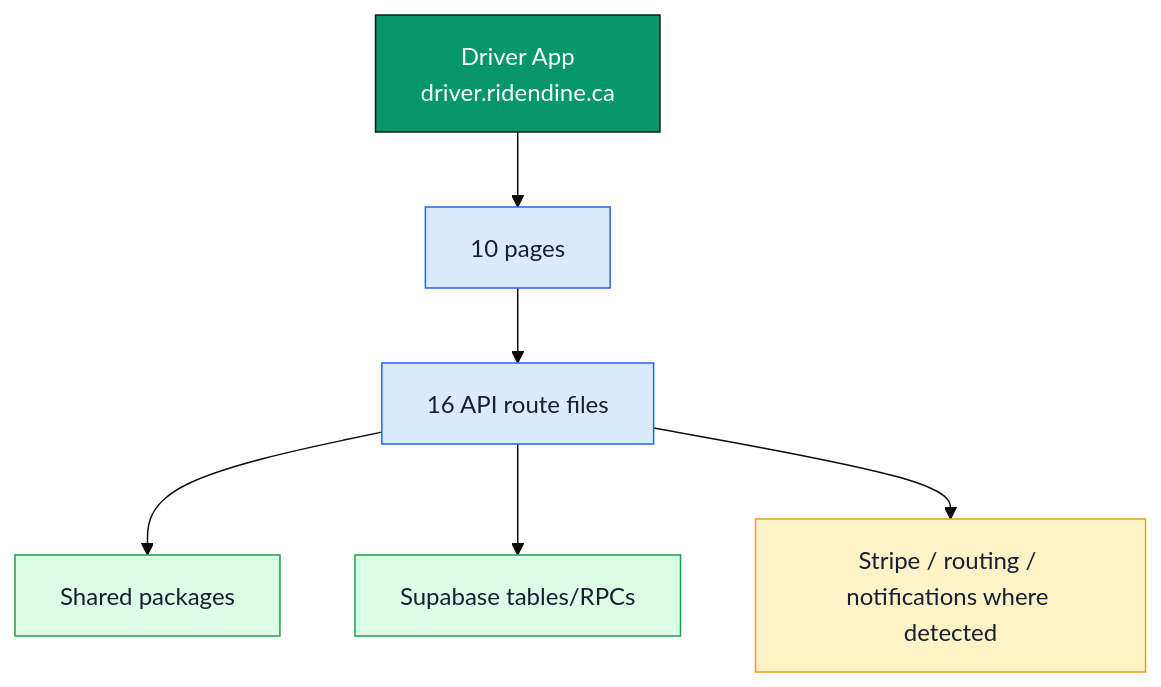
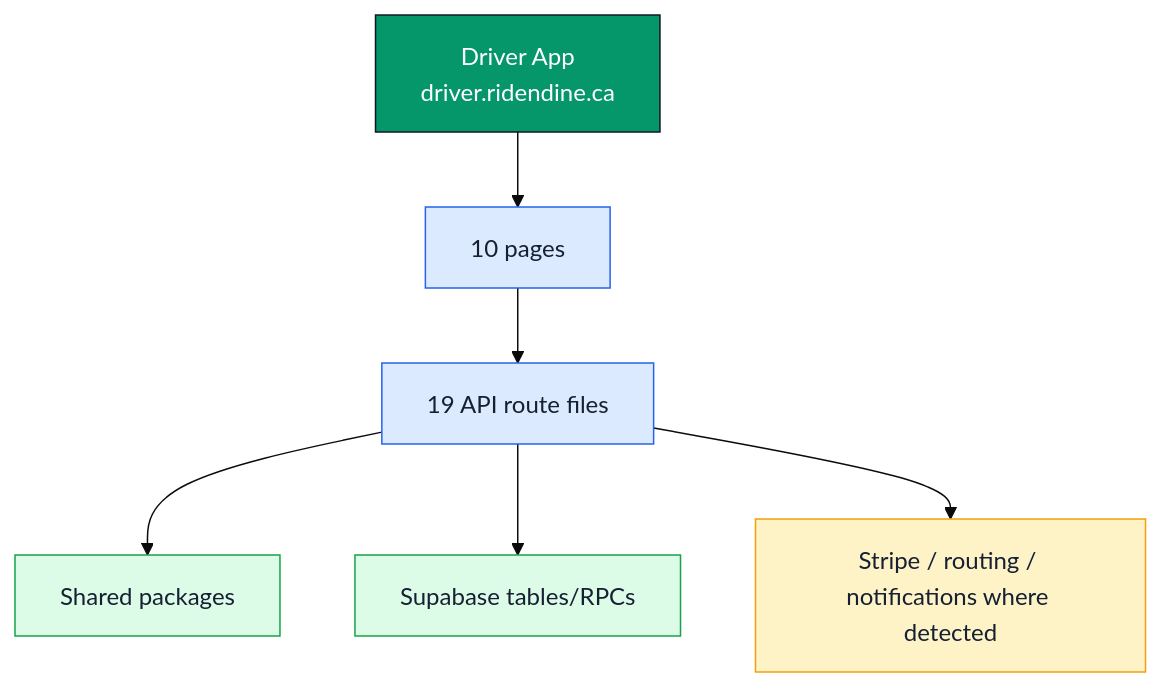
One commit to Ritenoob/ridendine-marketplace changed the diagram in docs/architecture/codebase-map/apps/driver-app.md. Above: the diagram before and after it, drawn with Mermaid (base theme). The commit also changed other lines of this file and 63 other files, not shown here.

````diff
--- a/docs/architecture/codebase-map/apps/driver-app.md
+++ b/docs/architecture/codebase-map/apps/driver-app.md
@@ -20,18 +20,18 @@
 ```mermaid
 flowchart TB
   classDef app fill:#059669,stroke:#111827,color:#ffffff
   classDef api fill:#dbeafe,stroke:#2563eb,color:#172033
   classDef data fill:#dcfce7,stroke:#16a34a,color:#172033
   classDef warn fill:#fef3c7,stroke:#f59e0b,color:#172033
   App["Driver App<br/>driver.ridendine.ca"]:::app
   Pages["10 pages"]:::api
-  APIs["16 API route files"]:::api
+  APIs["19 API route files"]:::api
   Shared["Shared packages"]:::data
   DB["Supabase tables/RPCs"]:::data
   External["Stripe / routing / notifications where detected"]:::warn
   App --> Pages
   Pages --> APIs
   APIs --> Shared
   APIs --> DB
   APIs --> External
 ```
````
